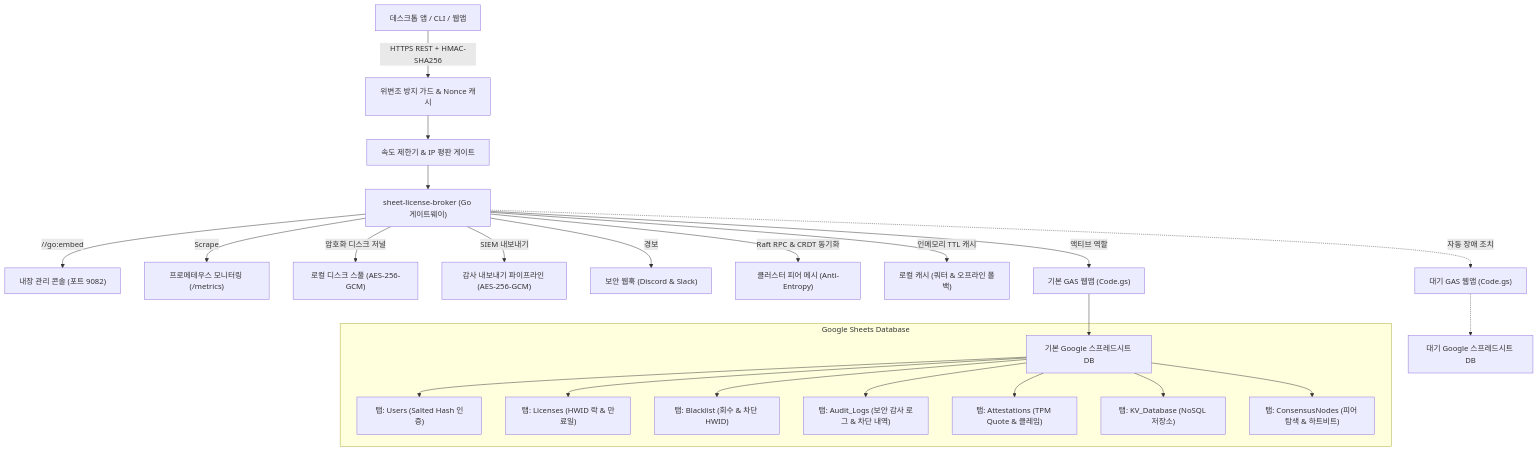
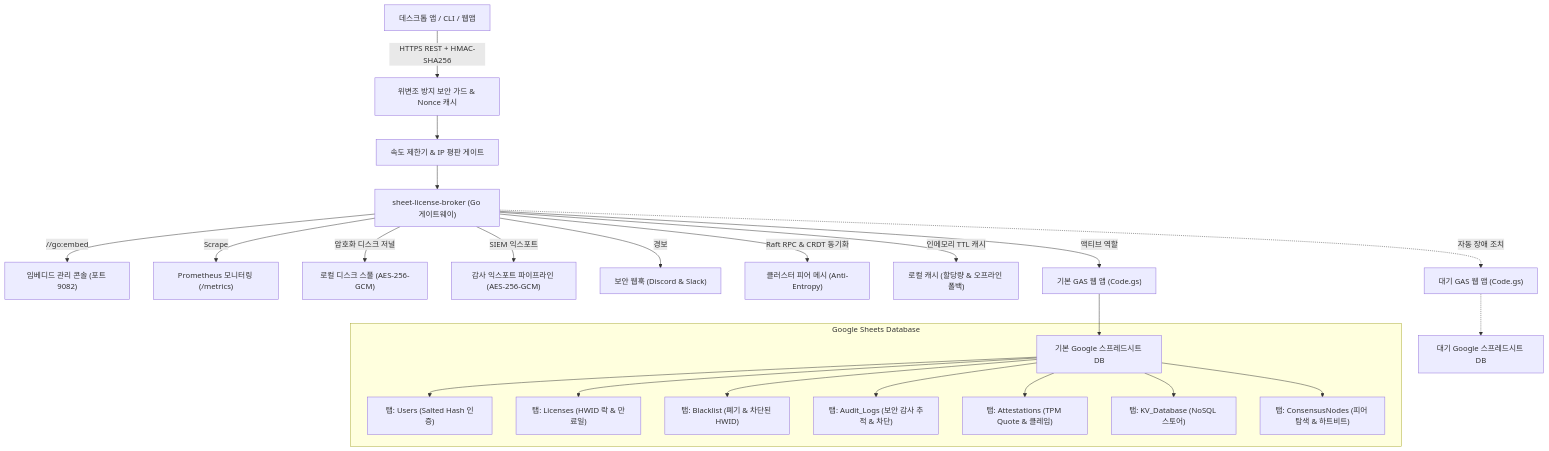
Before and after one commit to kLauncher1/sheet-license-broker: the diagram in docs/locales/ko.md, drawn with Mermaid. The commit also changed other lines of this file and 8 other files, not shown here.

````diff
--- a/docs/locales/ko.md
+++ b/docs/locales/ko.md
@@ -77,27 +80,27 @@
 ```mermaid
 flowchart TD
-    Client["데스크톱 앱 / CLI / 웹앱"] -->|HTTPS REST + HMAC-SHA256| Guard["위변조 방지 가드 & Nonce 캐시"]
+    Client["데스크톱 앱 / CLI / 웹앱"] -->|HTTPS REST + HMAC-SHA256| Guard["위변조 방지 보안 가드 & Nonce 캐시"]
     Guard --> Limiter["속도 제한기 & IP 평판 게이트"]
     Limiter --> Broker["sheet-license-broker (Go 게이트웨이)"]
-    Broker -->|//go:embed| WebUI["내장 관리 콘솔 (포트 9082)"]
-    Broker -->|Scrape| Prom["프로메테우스 모니터링 (/metrics)"]
+    Broker -->|//go:embed| WebUI["임베디드 관리 콘솔 (포트 9082)"]
+    Broker -->|Scrape| Prom["Prometheus 모니터링 (/metrics)"]
     Broker -->|암호화 디스크 저널| Spool["로컬 디스크 스풀 (AES-256-GCM)"]
-    Broker -->|SIEM 내보내기| SIEM["감사 내보내기 파이프라인 (AES-256-GCM)"]
+    Broker -->|SIEM 익스포트| SIEM["감사 익스포트 파이프라인 (AES-256-GCM)"]
     Broker -->|경보| Alerts["보안 웹훅 (Discord & Slack)"]
     Broker -->|Raft RPC & CRDT 동기화| Peers["클러스터 피어 메시 (Anti-Entropy)"]
-    Broker -->|인메모리 TTL 캐시| Cache["로컬 캐시 (쿼터 & 오프라인 폴백)"]
-    Broker -->|액티브 역할| Primary["기본 GAS 웹앱 (Code.gs)"]
-    Broker -.->|자동 장애 조치| Standby["대기 GAS 웹앱 (Code.gs)"]
+    Broker -->|인메모리 TTL 캐시| Cache["로컬 캐시 (할당량 & 오프라인 폴백)"]
+    Broker -->|액티브 역할| Primary["기본 GAS 웹 앱 (Code.gs)"]
+    Broker -.->|자동 장애 조치| Standby["대기 GAS 웹 앱 (Code.gs)"]
     Primary --> Sheets1["기본 Google 스프레드시트 DB"]
     Standby -.-> Sheets2["대기 Google 스프레드시트 DB"]
 
     subgraph Google Sheets Database
         Sheets1 --> Tab1["탭: Users (Salted Hash 인증)"]
         Sheets1 --> Tab2["탭: Licenses (HWID 락 & 만료일)"]
-        Sheets1 --> Tab3["탭: Blacklist (회수 & 차단 HWID)"]
-        Sheets1 --> Tab4["탭: Audit_Logs (보안 감사 로그 & 차단 내역)"]
+        Sheets1 --> Tab3["탭: Blacklist (폐기 & 차단된 HWID)"]
+        Sheets1 --> Tab4["탭: Audit_Logs (보안 감사 추적 & 차단)"]
         Sheets1 --> Tab5["탭: Attestations (TPM Quote & 클레임)"]
-        Sheets1 --> Tab6["탭: KV_Database (NoSQL 저장소)"]
+        Sheets1 --> Tab6["탭: KV_Database (NoSQL 스토어)"]
         Sheets1 --> Tab7["탭: ConsensusNodes (피어 탐색 & 하트비트)"]
     end
 ```
````
